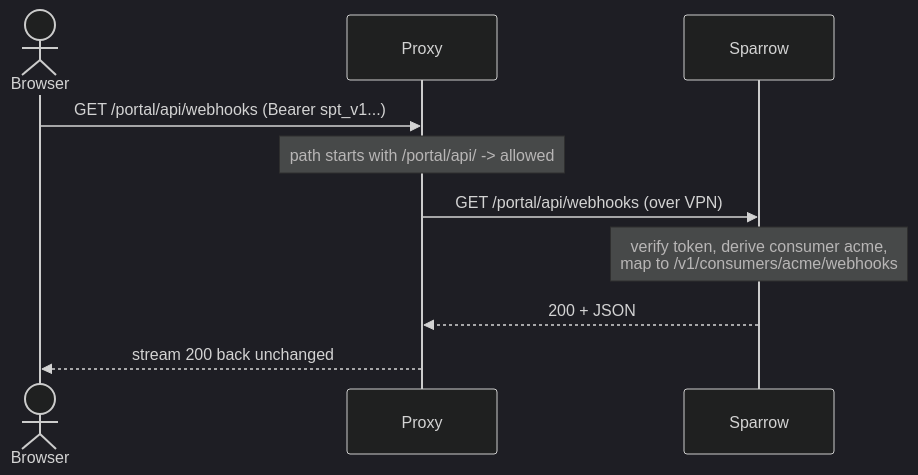
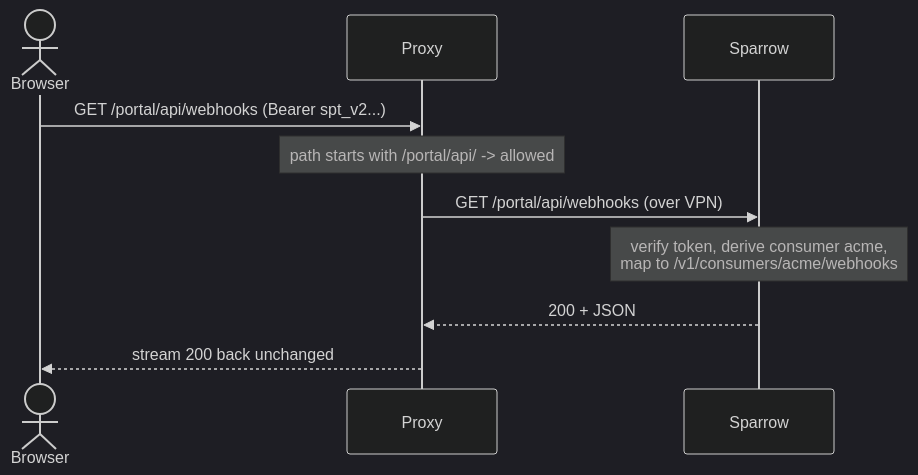
Before and after one commit to sarathsp06/sparrow: the diagram in docs/src/assets/diagrams/portal-embedding-trace.mmd, drawn with Mermaid (dark theme). The commit also changed 36 other files, not shown here.

```diff
--- a/docs/src/assets/diagrams/portal-embedding-trace.mmd
+++ b/docs/src/assets/diagrams/portal-embedding-trace.mmd
@@ -1,10 +1,10 @@
 sequenceDiagram
     actor U as Browser
     participant P as Proxy
     participant S as Sparrow
-    U->>P: GET /portal/api/webhooks (Bearer spt_v1...)
+    U->>P: GET /portal/api/webhooks (Bearer spt_v2...)
     Note over P: path starts with /portal/api/ -> allowed
     P->>S: GET /portal/api/webhooks (over VPN)
     Note over S: verify token, derive consumer acme,<br>map to /v1/consumers/acme/webhooks
     S-->>P: 200 + JSON
     P-->>U: stream 200 back unchanged
```
